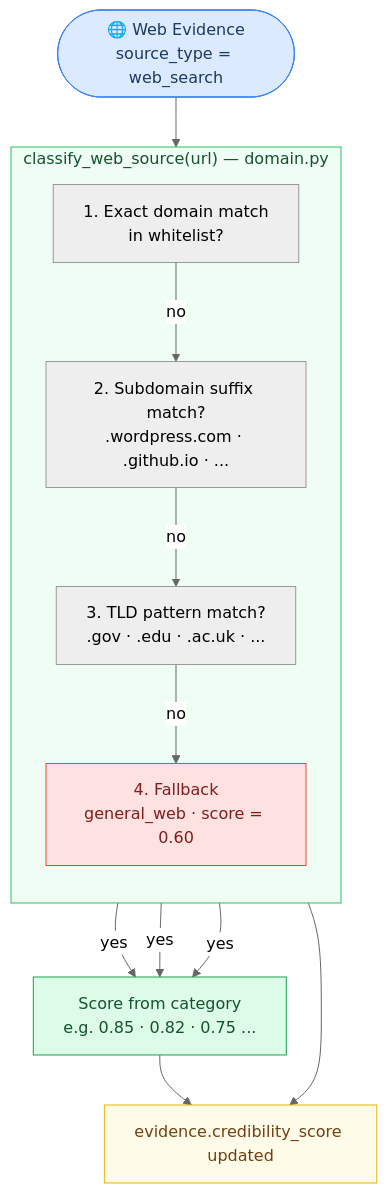
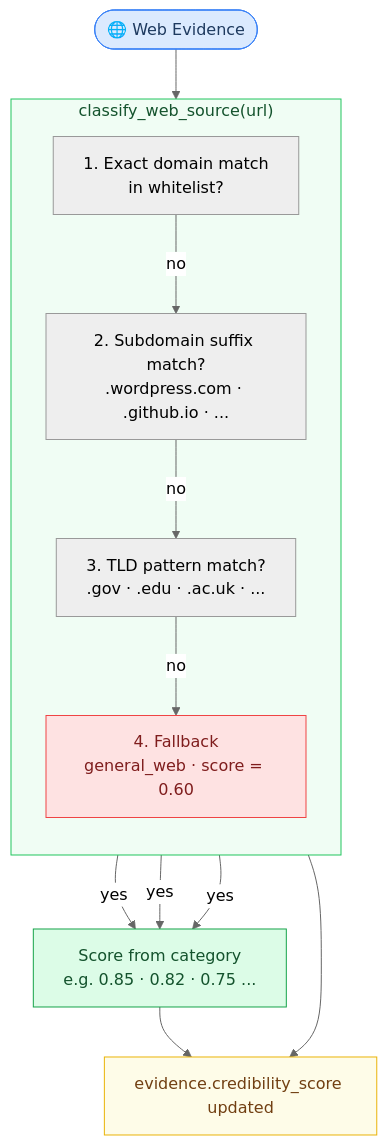
One commit to umairalipathan1980/MetaCheck---An-Evidence-Based-Fact-Checker changed the third of 3 diagrams in README.md. Above: the diagram before and after it, drawn with Mermaid (neutral theme).

Commit message:
interchanged READMEs

````diff
--- a/README.md
+++ b/README.md
@@ -337,28 +337,28 @@
 ```mermaid
 flowchart TD
-    A([🌐 Web Evidence\nsource_type = web_search]) --> B
+    A([🌐 Web Evidence]) --> B
 
-    subgraph B["classify_web_source(url) — domain.py"]
+    subgraph B["classify_web_source(url)"]
         direction TB
         B1["1. Exact domain match<br/>in whitelist?"]
         B2["2. Subdomain suffix match?<br/>.wordpress.com · .github.io · ..."]
         B3["3. TLD pattern match?<br/>.gov · .edu · .ac.uk · ..."]
         B4["4. Fallback<br/>general_web · score = 0.60"]
         B1 -->|no| B2
         B2 -->|no| B3
         B3 -->|no| B4
     end
 
     B1 -->|yes| S1["Score from category<br/>e.g. 0.85 · 0.82 · 0.75 ..."]
     B2 -->|yes| S1
     B3 -->|yes| S1
 
     S1 --> C["evidence.credibility_score updated"]
     B4 --> C
 
     style A fill:#dbeafe,stroke:#3b82f6,color:#1e3a5f
     style B fill:#f0fdf4,stroke:#22c55e,color:#14532d
     style B4 fill:#fee2e2,stroke:#ef4444,color:#7f1d1d
     style S1 fill:#dcfce7,stroke:#16a34a,color:#14532d
     style C fill:#fefce8,stroke:#eab308,color:#713f12
 ```
````
